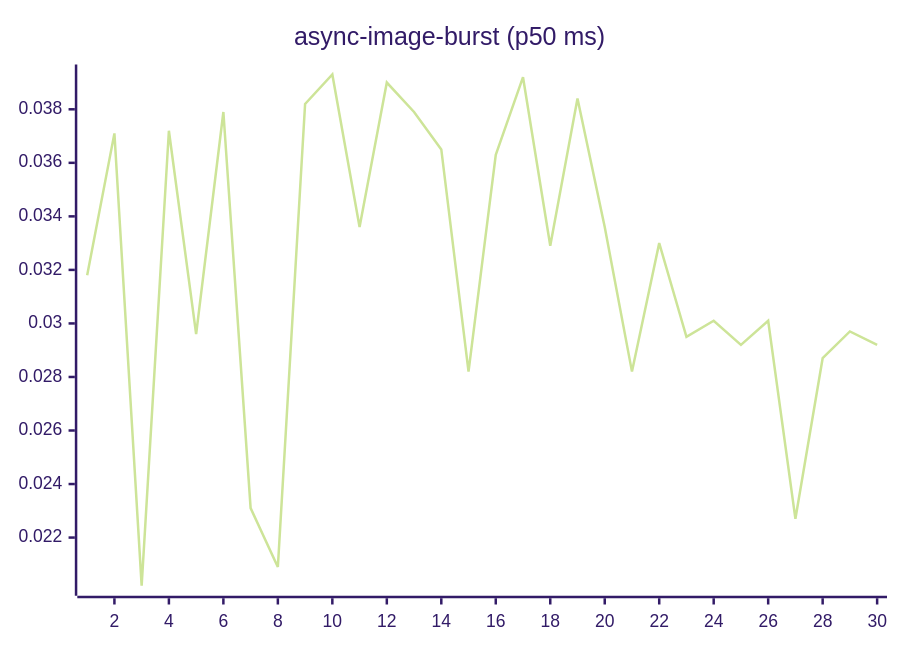
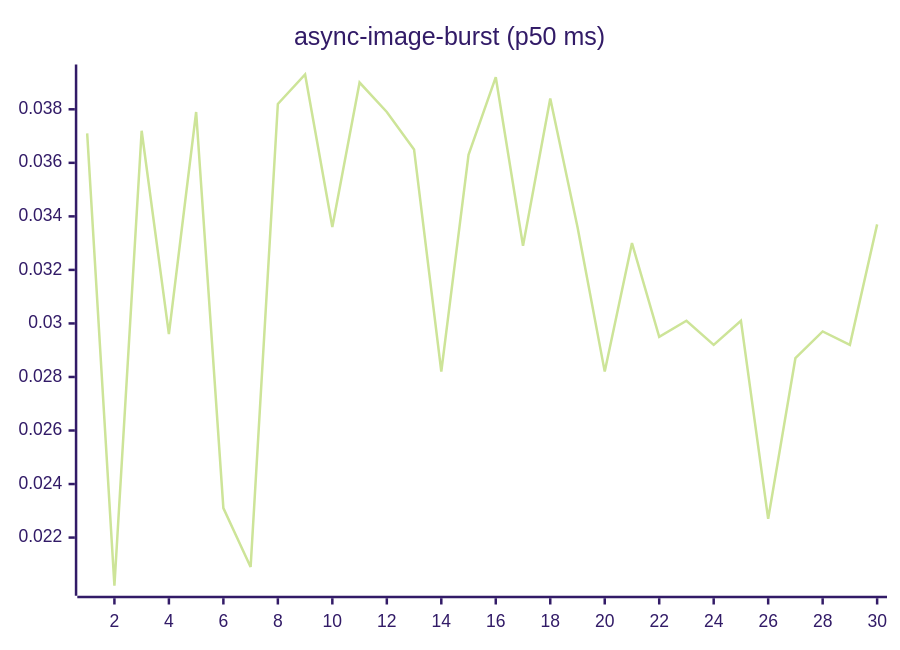
One commit to josha/Facet changed the fourth of 27 diagrams in README.md. Above: the diagram before and after it, drawn with Mermaid (forest theme). The commit also changed other lines of this file and 2 other files, not shown here.

````diff
--- a/README.md
+++ b/README.md
@@ -84,6 +84,6 @@
 ```mermaid
 xychart-beta
     title "async-image-burst (p50 ms)"
     x-axis 1 --> 30
-    line [0.0318, 0.0371, 0.0202, 0.0372, 0.0296, 0.0379, 0.0231, 0.0209, 0.0382, 0.0393, 0.0336, 0.0390, 0.0379, 0.0365, 0.0282, 0.0363, 0.0392, 0.0329, 0.0384, 0.0336, 0.0282, 0.0330, 0.0295, 0.0301, 0.0292, 0.0301, 0.0227, 0.0287, 0.0297, 0.0292]
+    line [0.0371, 0.0202, 0.0372, 0.0296, 0.0379, 0.0231, 0.0209, 0.0382, 0.0393, 0.0336, 0.0390, 0.0379, 0.0365, 0.0282, 0.0363, 0.0392, 0.0329, 0.0384, 0.0336, 0.0282, 0.0330, 0.0295, 0.0301, 0.0292, 0.0301, 0.0227, 0.0287, 0.0297, 0.0292, 0.0337]
 ```
````
